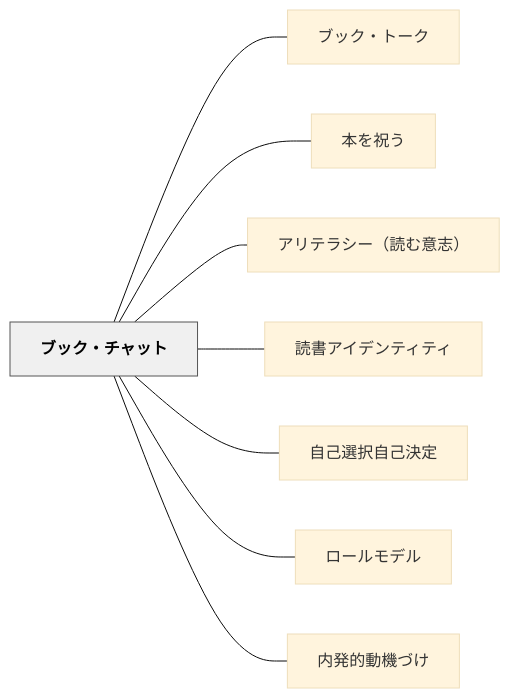
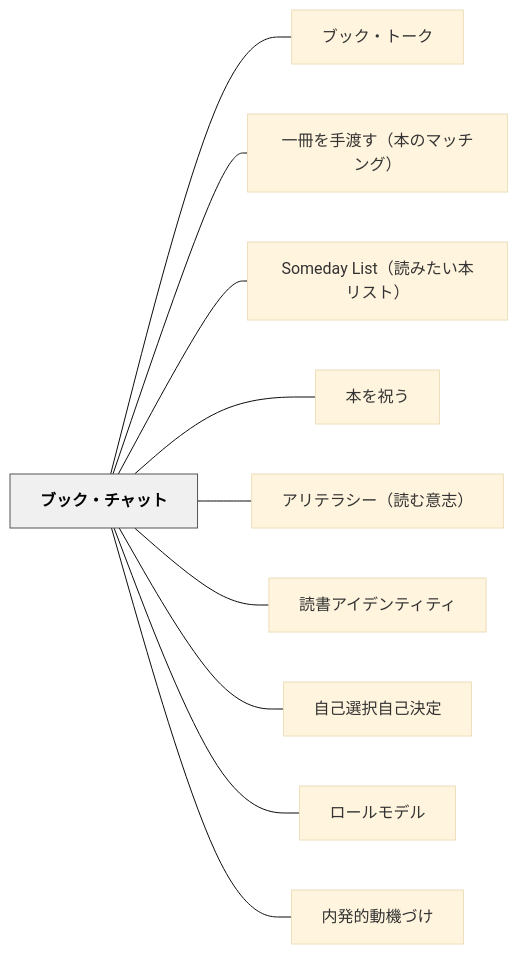
One commit to unknownthings-ed-patterns/unknownthings-ed-patterns changed the diagram in content/パタン/ブック・チャット.md. Above: the diagram before and after it, drawn with Mermaid (base theme). The commit also changed other lines of this file and 2 other files, not shown here.

````diff
--- a/content/パタン/ブック・チャット.md
+++ b/content/パタン/ブック・チャット.md
@@ -209,22 +141,26 @@
 ```mermaid
 flowchart LR
     ne38396e38383e382afe383bbe38381e383a3e38383e38388["ブック・チャット"]
     ne38396e38383e382afe383bbe38388e383bce382af["ブック・トーク"]
+    ne4b880e5868ae38292e6898be6b8a1e38199efbc88e69cace381aee3839ee38383e38381e383b3e382b0efbc89["一冊を手渡す（本のマッチング）"]
+    n536f6d65646179204c697374efbc88e8aaade381bfe3819fe38184e69cace383aae382b9e38388efbc89["Someday List（読みたい本リスト）"]
     ne69cace38292e7a59de38186["本を祝う"]
     ne382a2e383aae38386e383a9e382b7e383bcefbc88e8aaade38280e6848fe5bf97efbc89["アリテラシー（読む意志）"]
     ne8aaade69bb8e382a2e382a4e38387e383b3e38386e382a3e38386e382a3["読書アイデンティティ"]
     ne887aae5b7b1e981b8e68a9ee887aae5b7b1e6b1bae5ae9a["自己選択自己決定"]
     ne383ade383bce383abe383a2e38387e383ab["ロールモデル"]
     ne58685e799bae79a84e58b95e6a99fe381a5e38191["内発的動機づけ"]
 
     ne38396e38383e382afe383bbe38381e383a3e38383e38388 --- ne38396e38383e382afe383bbe38388e383bce382af
+    ne38396e38383e382afe383bbe38381e383a3e38383e38388 --- ne4b880e5868ae38292e6898be6b8a1e38199efbc88e69cace381aee3839ee38383e38381e383b3e382b0efbc89
+    ne38396e38383e382afe383bbe38381e383a3e38383e38388 --- n536f6d65646179204c697374efbc88e8aaade381bfe3819fe38184e69cace383aae382b9e38388efbc89
     ne38396e38383e382afe383bbe38381e383a3e38383e38388 --- ne69cace38292e7a59de38186
     ne38396e38383e382afe383bbe38381e383a3e38383e38388 --- ne382a2e383aae38386e383a9e382b7e383bcefbc88e8aaade38280e6848fe5bf97efbc89
     ne38396e38383e382afe383bbe38381e383a3e38383e38388 --- ne8aaade69bb8e382a2e382a4e38387e383b3e38386e382a3e38386e382a3
     ne38396e38383e382afe383bbe38381e383a3e38383e38388 --- ne887aae5b7b1e981b8e68a9ee887aae5b7b1e6b1bae5ae9a
     ne38396e38383e382afe383bbe38381e383a3e38383e38388 --- ne383ade383bce383abe383a2e38387e383ab
     ne38396e38383e382afe383bbe38381e383a3e38383e38388 --- ne58685e799bae79a84e58b95e6a99fe381a5e38191
 
     classDef hub fill:#f0f0f0,stroke:#555,color:#000,font-weight:bold
     class ne38396e38383e382afe383bbe38381e383a3e38383e38388 hub
 ```
````
